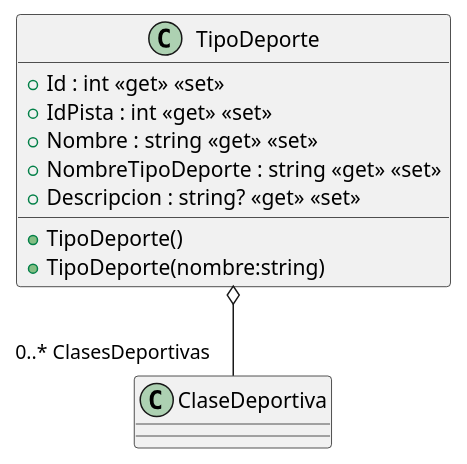
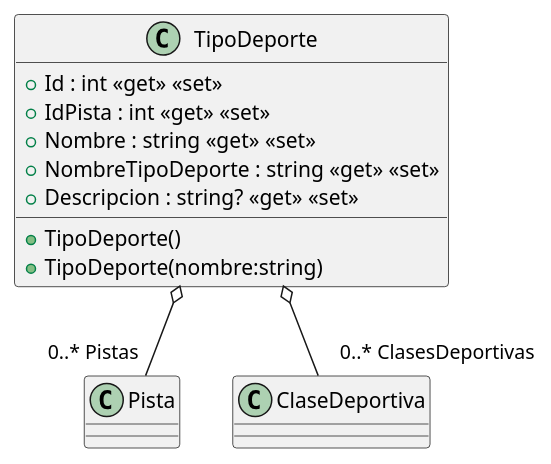
One commit to ISII2627IsmaelandCompany/-ISII2627IsmaelandCompany changed the diagram in src/AppForSEII.API/ClassDiagram/TipoDeporte.puml. Above: the diagram before and after it, drawn with PlantUML. The commit also changed 5 other files, not shown here.

First line of the commit message:
Diagrama cu1 (#131)

```diff
--- a/src/AppForSEII.API/ClassDiagram/TipoDeporte.puml
+++ b/src/AppForSEII.API/ClassDiagram/TipoDeporte.puml
@@ -1,13 +1,15 @@
 @startuml
+
 class TipoDeporte {
     + Id : int <<get>> <<set>>
     + IdPista : int <<get>> <<set>>
     + Nombre : string <<get>> <<set>>
     + NombreTipoDeporte : string <<get>> <<set>>
     + Descripcion : string? <<get>> <<set>>
     + TipoDeporte()
     + TipoDeporte(nombre:string)
 }
+TipoDeporte o-- "0..* Pistas" Pista
 
 TipoDeporte o-- "0..* ClasesDeportivas" ClaseDeportiva
 @enduml
```
